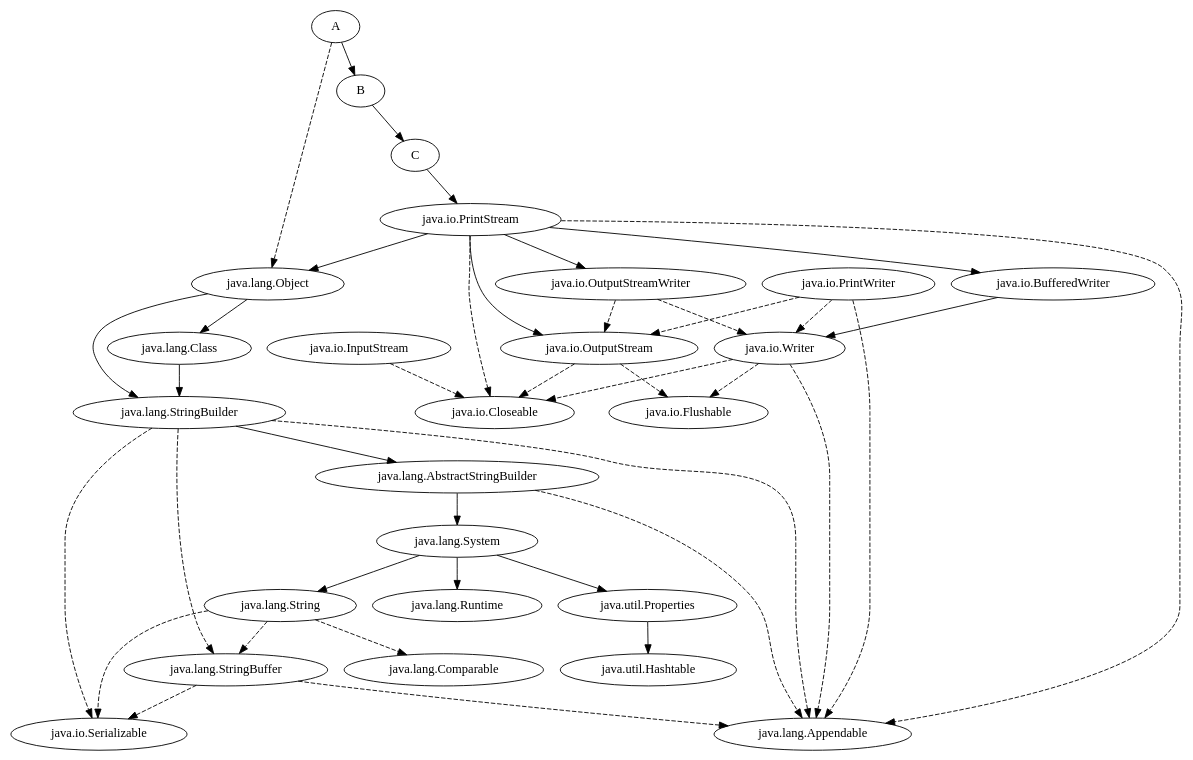
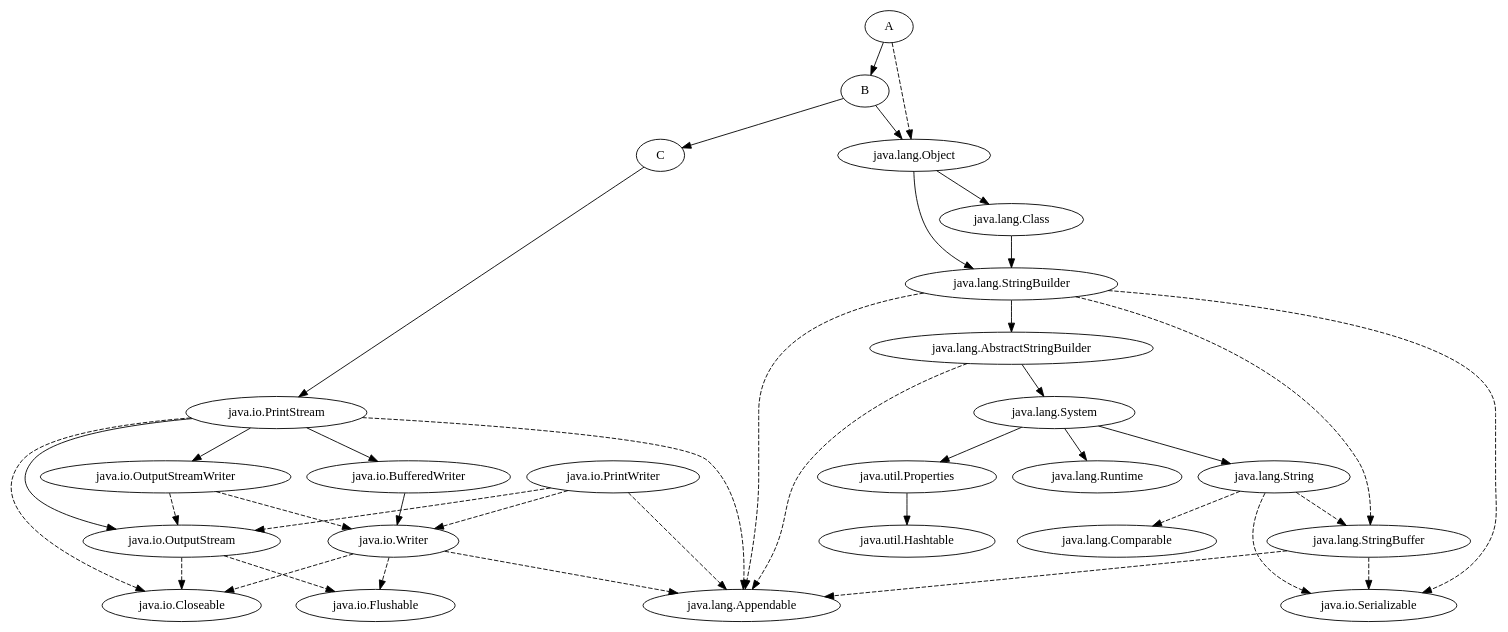
The diagram in paper/workdir/together-trim-trim.dot (millecker/soot-rb), drawn with Graphviz before and after one commit. The commit also changed 2 other files, not shown here.

```diff
--- a/paper/workdir/together-trim-trim.dot
+++ b/paper/workdir/together-trim-trim.dot
@@ -1,46 +1,45 @@
 digraph dep{
 //    rankdir=LR;
 //    compound=true;
 //    concentrate=true;
 //    splines=compound;
 "A" -> "B";
 "B" -> "C";
 "C" -> "java.io.PrintStream";
 "A" -> "java.lang.Object" [style=dashed];
+"B" -> "java.lang.Object";
 "java.io.BufferedWriter" -> "java.io.Writer";
 "java.io.PrintStream" -> "java.io.BufferedWriter";
 "java.io.PrintStream" -> "java.io.OutputStream";
 "java.io.PrintStream" -> "java.io.OutputStreamWriter";
-"java.io.PrintStream" -> "java.lang.Object";
 "java.lang.AbstractStringBuilder" -> "java.lang.System";
 "java.lang.Class" -> "java.lang.StringBuilder";
 "java.lang.Object" -> "java.lang.Class";
 "java.lang.Object" -> "java.lang.StringBuilder";
 "java.lang.StringBuilder" -> "java.lang.AbstractStringBuilder";
 "java.lang.System" -> "java.lang.Runtime";
 "java.lang.System" -> "java.lang.String";
 "java.lang.System" -> "java.util.Properties";
 "java.util.Properties" -> "java.util.Hashtable";
-"java.io.InputStream" -> "java.io.Closeable" [style=dashed];
 "java.io.OutputStream" -> "java.io.Closeable" [style=dashed];
 "java.io.OutputStream" -> "java.io.Flushable" [style=dashed,weight=1.2];
 "java.io.OutputStreamWriter" -> "java.io.OutputStream" [style=dashed];
 "java.io.OutputStreamWriter" -> "java.io.Writer" [style=dashed];
 "java.io.PrintStream" -> "java.io.Closeable" [style=dashed];
 "java.io.PrintStream" -> "java.lang.Appendable" [style=dashed];
 "java.io.PrintWriter" -> "java.io.OutputStream" [style=dashed];
 "java.io.PrintWriter" -> "java.io.Writer" [style=dashed];
 "java.io.PrintWriter" -> "java.lang.Appendable" [style=dashed];
 "java.io.Writer" -> "java.io.Closeable" [style=dashed];
 "java.io.Writer" -> "java.io.Flushable" [style=dashed];
 "java.io.Writer" -> "java.lang.Appendable" [style=dashed];
 "java.lang.AbstractStringBuilder" -> "java.lang.Appendable" [style=dashed];
 "java.lang.StringBuffer" -> "java.io.Serializable" [style=dashed];
 "java.lang.StringBuffer" -> "java.lang.Appendable" [style=dashed];
 "java.lang.StringBuilder" -> "java.io.Serializable" [style=dashed];
 "java.lang.StringBuilder" -> "java.lang.Appendable" [style=dashed];
 "java.lang.StringBuilder" -> "java.lang.StringBuffer" [style=dashed];
 "java.lang.String" -> "java.io.Serializable" [style=dashed];
 "java.lang.String" -> "java.lang.Comparable" [style=dashed];
 "java.lang.String" -> "java.lang.StringBuffer" [style=dashed];
 }
```
